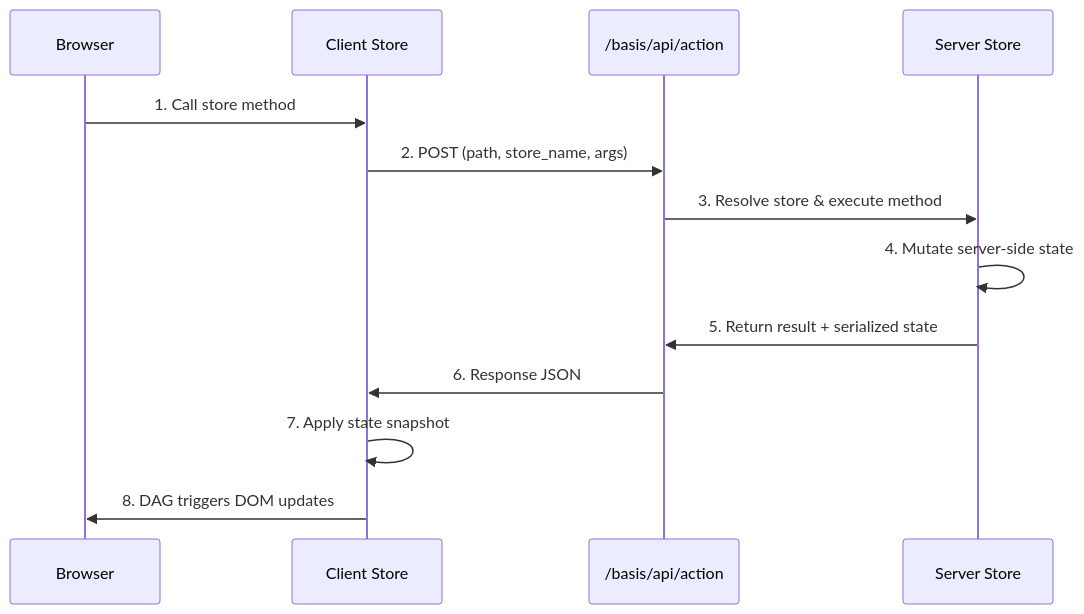
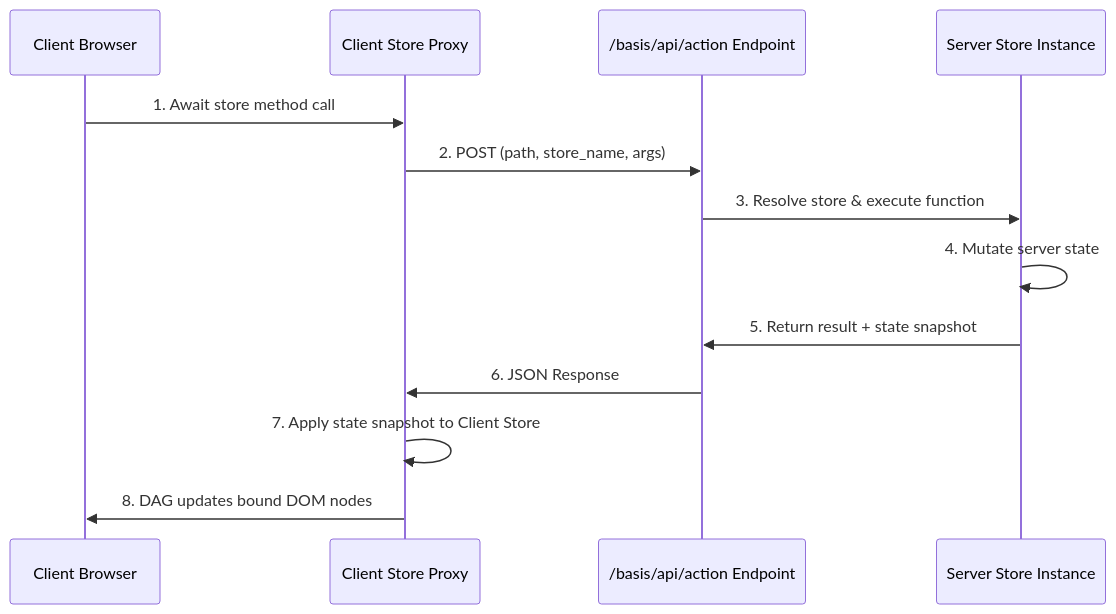
The diagram in docs/05_reactivity/stores.md (bassio/basis), drawn with Mermaid before and after one commit. The commit also changed other lines of this file and 17 other files, not shown here.

````diff
--- a/docs/05_reactivity/stores.md
+++ b/docs/05_reactivity/stores.md
@@ -98,16 +115,16 @@
 ```mermaid
 sequenceDiagram
-    participant Browser as Browser
-    participant ClientStore as Client Store
-    participant RPC as /basis/api/action
-    participant ServerStore as Server Store
+    participant Client as Client Browser
+    participant StoreProxy as Client Store Proxy
+    participant RPC as /basis/api/action Endpoint
+    participant ServerStore as Server Store Instance
 
-    Browser->>ClientStore: 1. Call store method
-    ClientStore->>RPC: 2. POST (path, store_name, args)
-    RPC->>ServerStore: 3. Resolve store & execute method
-    ServerStore->>ServerStore: 4. Mutate server-side state
-    ServerStore->>RPC: 5. Return result + serialized state
-    RPC->>ClientStore: 6. Response JSON
-    ClientStore->>ClientStore: 7. Apply state snapshot
-    ClientStore->>Browser: 8. DAG triggers DOM updates
+    Client->>StoreProxy: 1. Await store method call
+    StoreProxy->>RPC: 2. POST (path, store_name, args)
+    RPC->>ServerStore: 3. Resolve store & execute function
+    ServerStore->>ServerStore: 4. Mutate server state
+    ServerStore->>RPC: 5. Return result + state snapshot
+    RPC->>StoreProxy: 6. JSON Response
+    StoreProxy->>StoreProxy: 7. Apply state snapshot to Client Store
+    StoreProxy->>Client: 8. DAG updates bound DOM nodes
 ```
````
